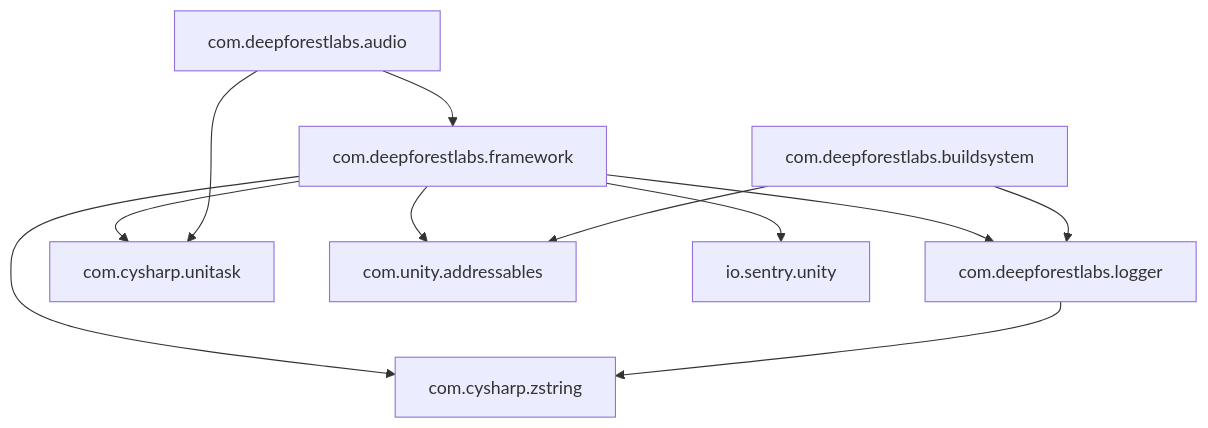
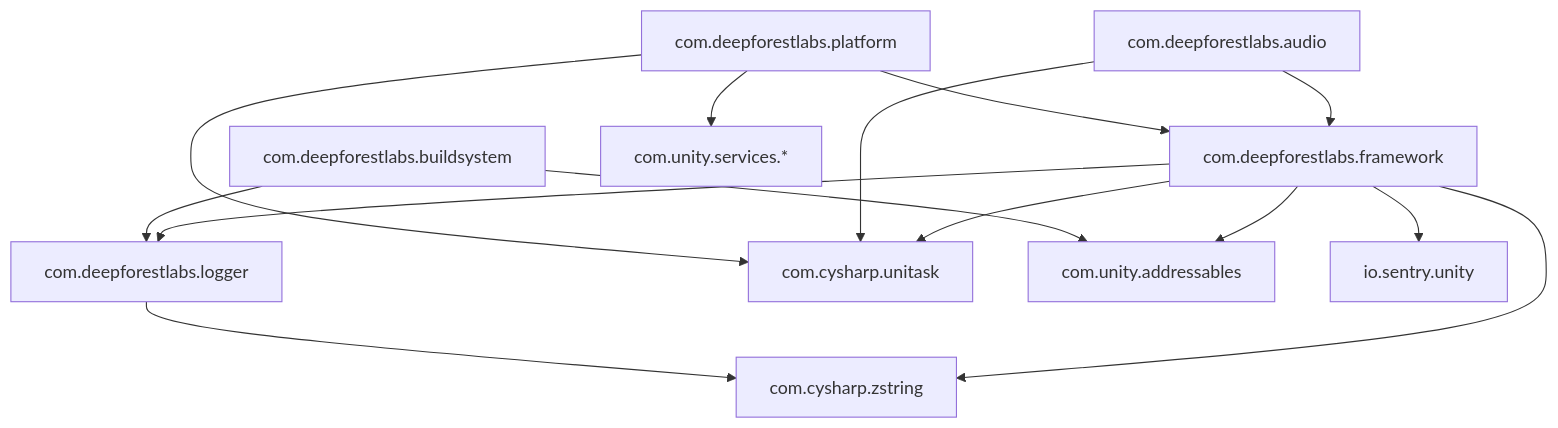
Before and after one commit to Deep-Forest-Labs/dfl-unity-packages: the first of 2 diagrams in docs/architecture.md, drawn with Mermaid. The commit also changed other lines of this file and 76 other files, not shown here.

First line of the commit message:
Add com.deepforestlabs.platform with null mobile platform seams.

````diff
--- a/docs/architecture.md
+++ b/docs/architecture.md
@@ -5,22 +5,27 @@
 ```mermaid
 graph TD
     Logger["com.deepforestlabs.logger"]
     Framework["com.deepforestlabs.framework"]
     Audio["com.deepforestlabs.audio"]
+    Platform["com.deepforestlabs.platform"]
     BuildSystem["com.deepforestlabs.buildsystem"]
     UniTask["com.cysharp.unitask"]
     ZString["com.cysharp.zstring"]
     Addressables["com.unity.addressables"]
     Sentry["io.sentry.unity"]
+    UGS["com.unity.services.*"]
 
     Framework --> Logger
     Framework --> UniTask
     Framework --> ZString
     Framework --> Addressables
     Framework --> Sentry
     Audio --> Framework
     Audio --> UniTask
+    Platform --> Framework
+    Platform --> UniTask
+    Platform --> UGS
     BuildSystem --> Logger
     BuildSystem --> Addressables
     Logger --> ZString
 ```
````
